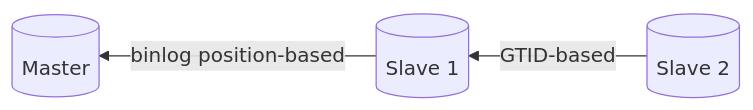
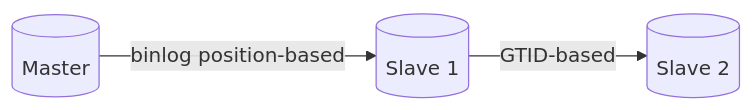
One commit to danilhendrasr/mysql-replication-experiment changed the diagram in cascading-mixed/README.md. Above: the diagram before and after it, drawn with Mermaid. The commit also changed 4 other files, not shown here.

Commit message:
docs: update incorrect diagram directions

````diff
--- a/cascading-mixed/README.md
+++ b/cascading-mixed/README.md
@@ -7,8 +7,8 @@
 ```mermaid
-flowchart RL
+flowchart LR
   master[(Master)]
   slave1[(Slave 1)]
   slave2[(Slave 2)]
-  slave1-- binlog position-based -->master
-  slave2-- GTID-based -->slave1
+  master-- binlog position-based -->slave1
+  slave1-- GTID-based -->slave2
 ```
````
